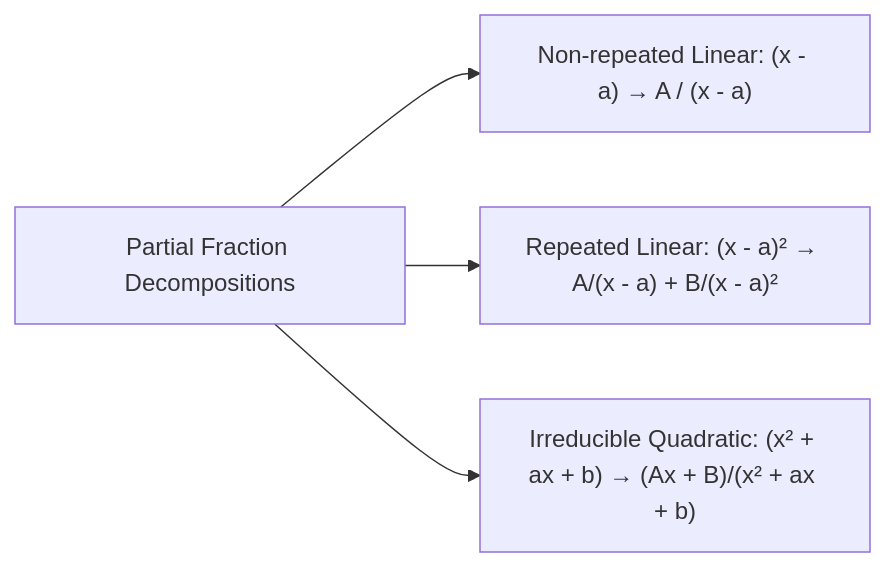
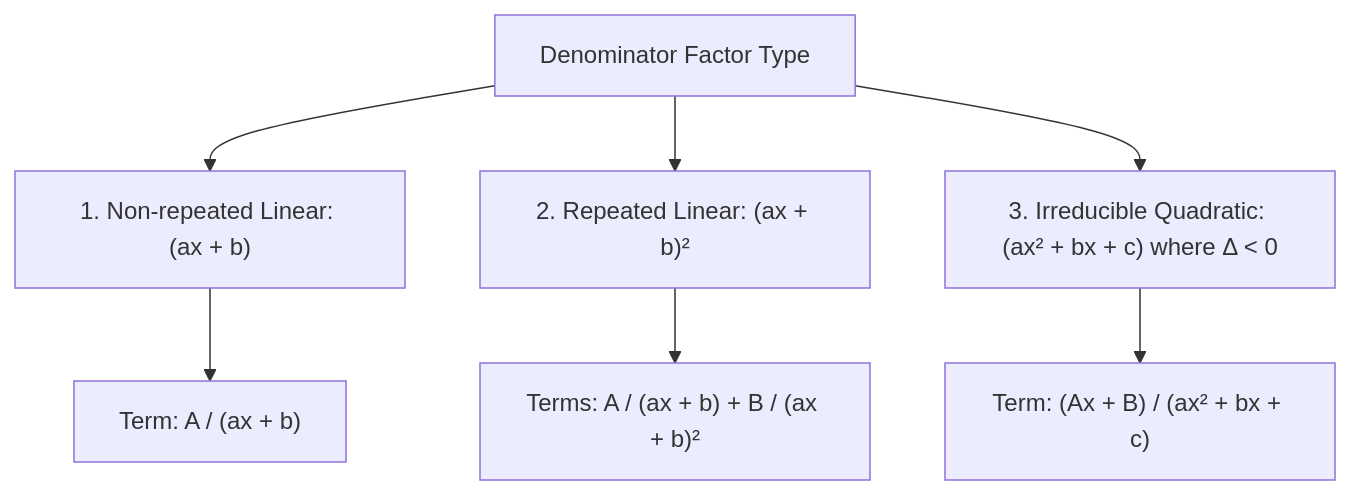
Before and after one commit to zenyyxz/Zen_dx-Notes: the second of 2 diagrams in 01 - Maths/Lesson 02 - Polynomials, Remainder Theorem & Partial Fractions.md, drawn with Mermaid. The commit also changed other lines of this file and 1 other file, not shown here.

````diff
--- a/01 - Maths/Lesson 02 - Polynomials, Remainder Theorem & Partial Fractions.md
+++ b/01 - Maths/Lesson 02 - Polynomials, Remainder Theorem & Partial Fractions.md
@@ -37,6 +164,9 @@
 ```mermaid
-graph LR
-    PF["Partial Fraction Decompositions"] --> Lin["Non-repeated Linear: (x - a) → A / (x - a)"]
-    PF --> RepLin["Repeated Linear: (x - a)² → A/(x - a) + B/(x - a)²"]
-    PF --> Quad["Irreducible Quadratic: (x² + ax + b) → (Ax + B)/(x² + ax + b)"]
+graph TD
+    Denominator["Denominator Factor Type"] --> Lin["1. Non-repeated Linear: (ax + b)"]
+    Denominator --> RepLin["2. Repeated Linear: (ax + b)²"]
+    Denominator --> Quad["3. Irreducible Quadratic: (ax² + bx + c) where Δ < 0"]
+    Lin --> LinTerm["Term: A / (ax + b)"]
+    RepLin --> RepTerm["Terms: A / (ax + b) + B / (ax + b)²"]
+    Quad --> QuadTerm["Term: (Ax + B) / (ax² + bx + c)"]
 ```
````
